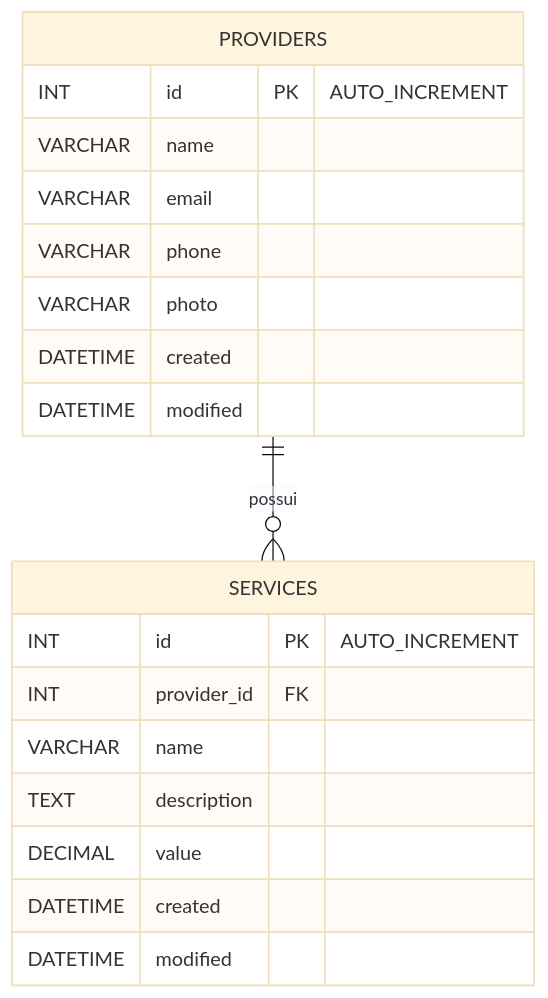
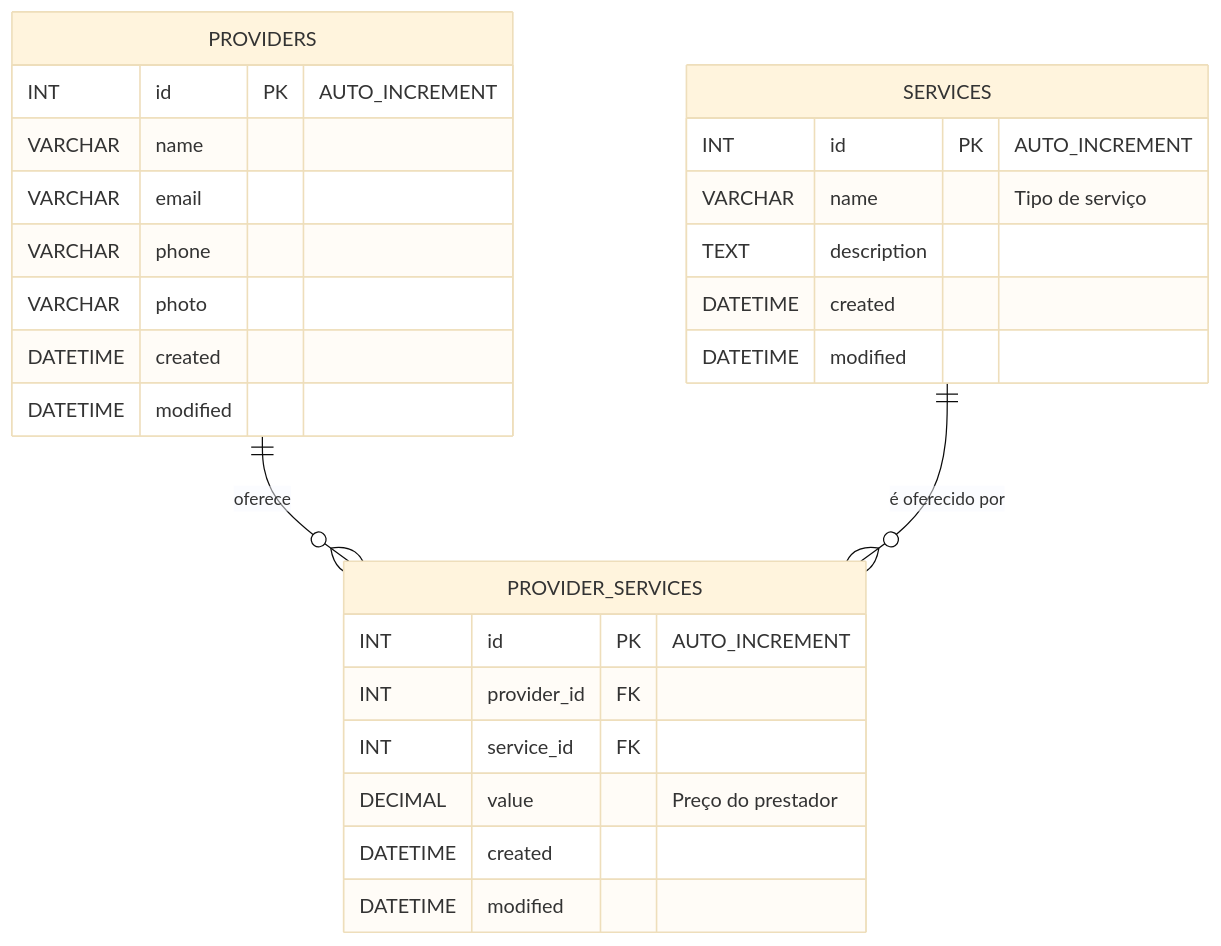
One commit to lucyandoity/teste-fullstack changed the second of 2 diagrams in docs/SPECIFICATION.md. Above: the diagram before and after it, drawn with Mermaid (base theme). The commit also changed other lines of this file and 1 other file, not shown here.

````diff
--- a/docs/SPECIFICATION.md
+++ b/docs/SPECIFICATION.md
@@ -84,24 +84,32 @@
 ``` mermaid
 erDiagram
     PROVIDERS {
         INT id PK "AUTO_INCREMENT"
         VARCHAR name
         VARCHAR email
         VARCHAR phone
         VARCHAR photo
         DATETIME created
         DATETIME modified
     }
 
     SERVICES {
         INT id PK "AUTO_INCREMENT"
-        INT provider_id FK
-        VARCHAR name
+        VARCHAR name "Tipo de serviço"
         TEXT description
-        DECIMAL value
         DATETIME created
         DATETIME modified
     }
 
-    PROVIDERS ||--o{ SERVICES : "possui"
+    PROVIDER_SERVICES {
+        INT id PK "AUTO_INCREMENT"
+        INT provider_id FK
+        INT service_id FK
+        DECIMAL value "Preço do prestador"
+        DATETIME created
+        DATETIME modified
+    }
+
+    PROVIDERS ||--o{ PROVIDER_SERVICES : "oferece"
+    SERVICES ||--o{ PROVIDER_SERVICES : "é oferecido por"
 ```
````
